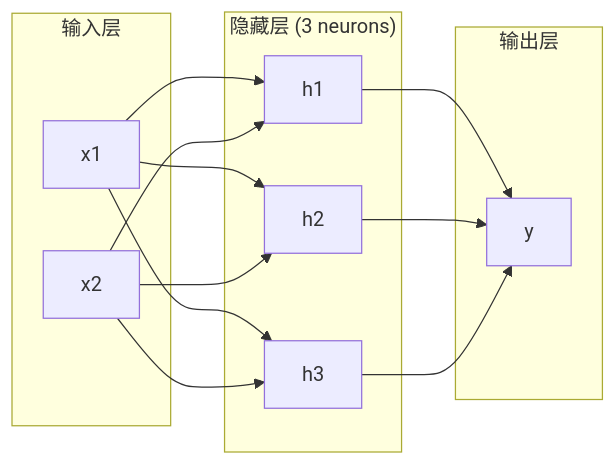
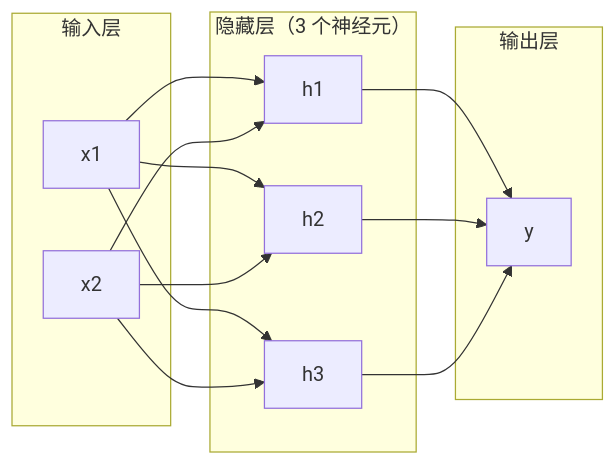
The first of 3 diagrams in content/translations/practice/03-deep-learning-core/02-multi-layer-networks/zh.md (huangyue12120/Learning-Atlas), drawn with Mermaid before and after one commit. The commit also changed other lines of this file and 24 other files, not shown here.

Commit message:
fix(reader): localize Mermaid in source content

````diff
--- a/content/translations/practice/03-deep-learning-core/02-multi-layer-networks/zh.md
+++ b/content/translations/practice/03-deep-learning-core/02-multi-layer-networks/zh.md
@@ -44,24 +44,24 @@
 ```mermaid
 graph LR
     subgraph Input["输入层"]
         x1["x1"]
         x2["x2"]
     end
-    subgraph Hidden["隐藏层 (3 neurons)"]
+    subgraph Hidden["隐藏层（3 个神经元）"]
         h1["h1"]
         h2["h2"]
         h3["h3"]
     end
     subgraph Output["输出层"]
         y["y"]
     end
     x1 --> h1
     x1 --> h2
     x1 --> h3
     x2 --> h1
     x2 --> h2
     x2 --> h3
     h1 --> y
     h2 --> y
     h3 --> y
 ```
````
